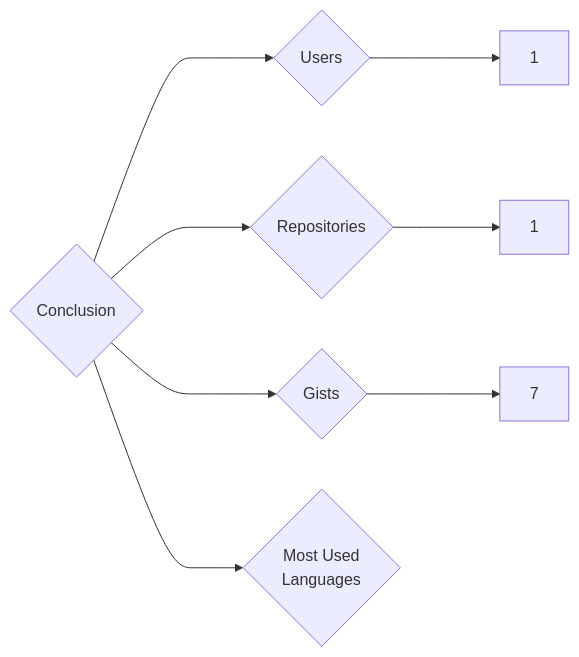
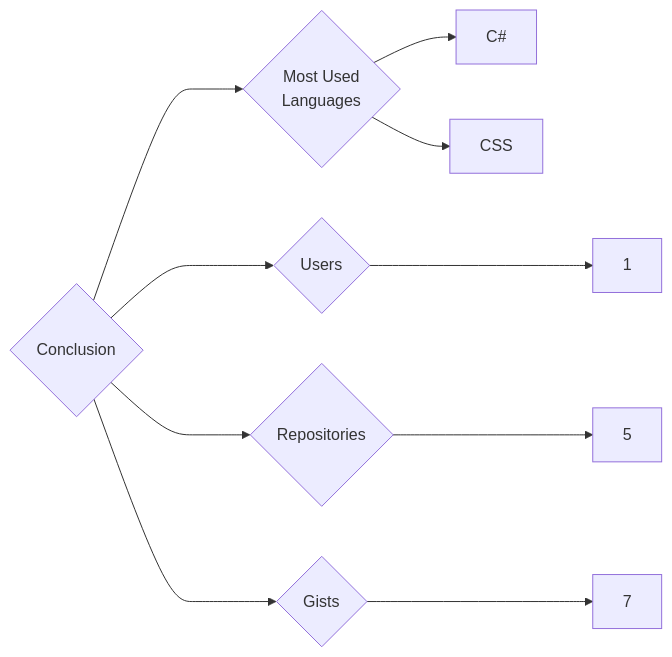
Before and after one commit to trickest/insiders: the diagram in targets/Conclusion/README.md, drawn with Mermaid. The commit also changed 715 other files, not shown here.

````diff
--- a/targets/Conclusion/README.md
+++ b/targets/Conclusion/README.md
@@ -3,8 +3,10 @@
 ```mermaid
 graph LR
 COMPANY_NAME{Conclusion}
 COMPANY_NAME ---> U{Users} ---> UN[1]
-COMPANY_NAME ---> R{Repositories} ---> RN[1]
+COMPANY_NAME ---> R{Repositories} ---> RN[5]
 COMPANY_NAME ---> G{Gists} ---> GN[7]
 COMPANY_NAME ---> ML{Most Used<br>Languages}
+ML --> C#[C#]
+ML --> CSS[CSS]
 ```
````
